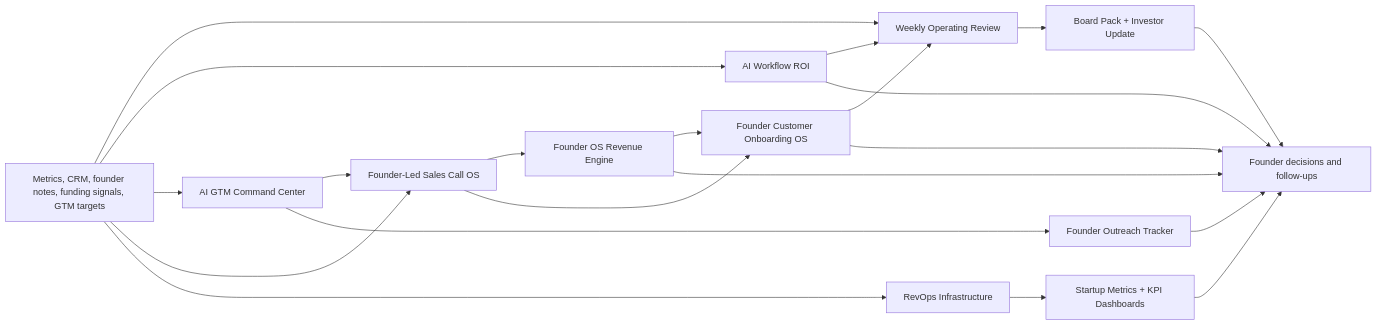
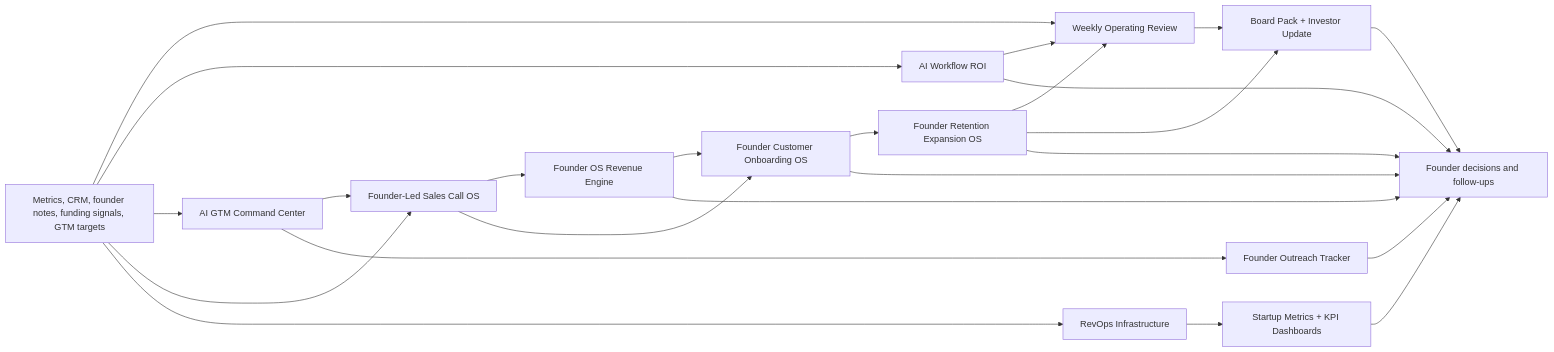
The diagram in README.md (shubham1502-hue/founder-os), drawn with Mermaid before and after one commit. The commit also changed other lines of this file and 3 other files, not shown here.

Commit message:
Add Founder Retention Expansion OS portfolio links

````diff
--- a/README.md
+++ b/README.md
@@ -274,23 +276,26 @@
 ```mermaid
 flowchart LR
   Inputs["Metrics, CRM, founder notes, funding signals, GTM targets"] --> Review["Weekly Operating Review"]
   Inputs --> AIWorkflow["AI Workflow ROI"]
   Inputs --> GTM["AI GTM Command Center"]
   Inputs --> Calls["Founder-Led Sales Call OS"]
   Inputs --> RevOps["RevOps Infrastructure"]
   AIWorkflow --> Review
   AIWorkflow --> Decisions["Founder decisions and follow-ups"]
   Review --> Board["Board Pack + Investor Update"]
   GTM --> Calls
   Calls --> Revenue["Founder OS Revenue Engine"]
   Calls --> Onboarding["Founder Customer Onboarding OS"]
   Revenue --> Onboarding
-  Onboarding --> Review
+  Onboarding --> Retention["Founder Retention Expansion OS"]
+  Retention --> Review
+  Retention --> Board
   Onboarding --> Decisions["Founder decisions and follow-ups"]
+  Retention --> Decisions
   GTM --> Outreach["Founder Outreach Tracker"]
   RevOps --> Metrics["Startup Metrics + KPI Dashboards"]
   Revenue --> Decisions["Founder decisions and follow-ups"]
   Board --> Decisions["Founder decisions and follow-ups"]
   Outreach --> Decisions
   Metrics --> Decisions
 ```
````
